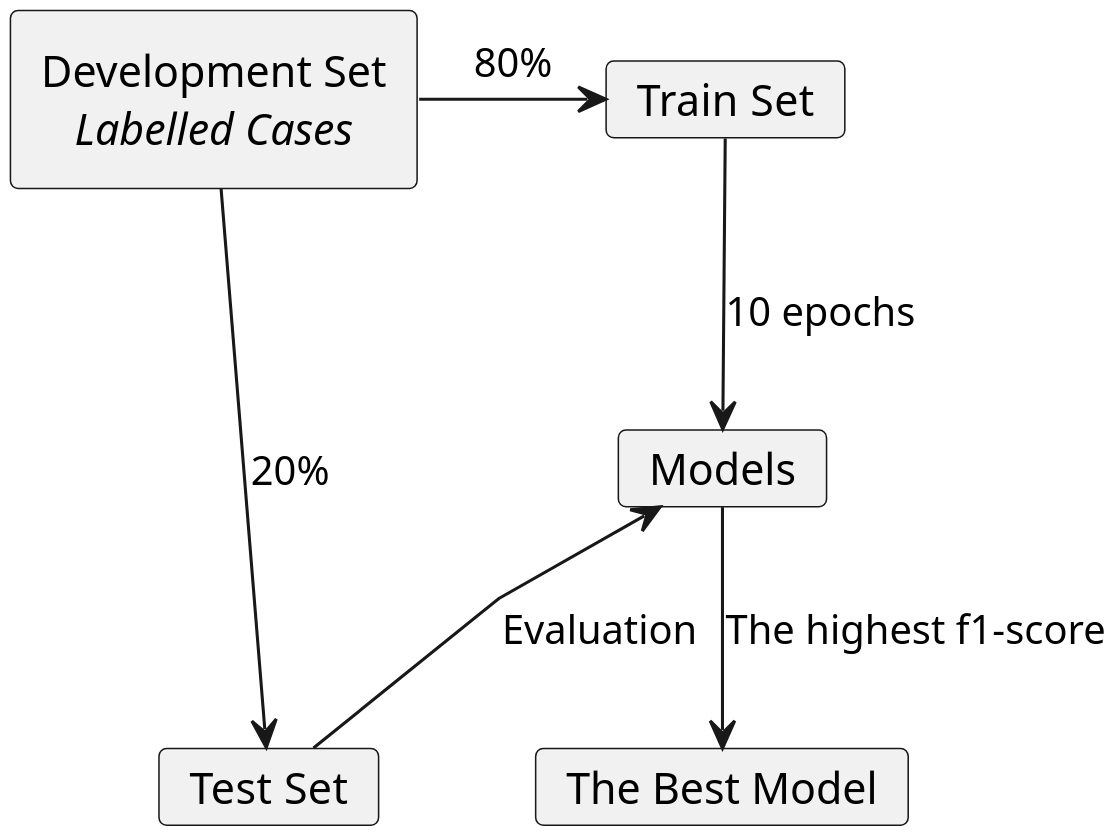
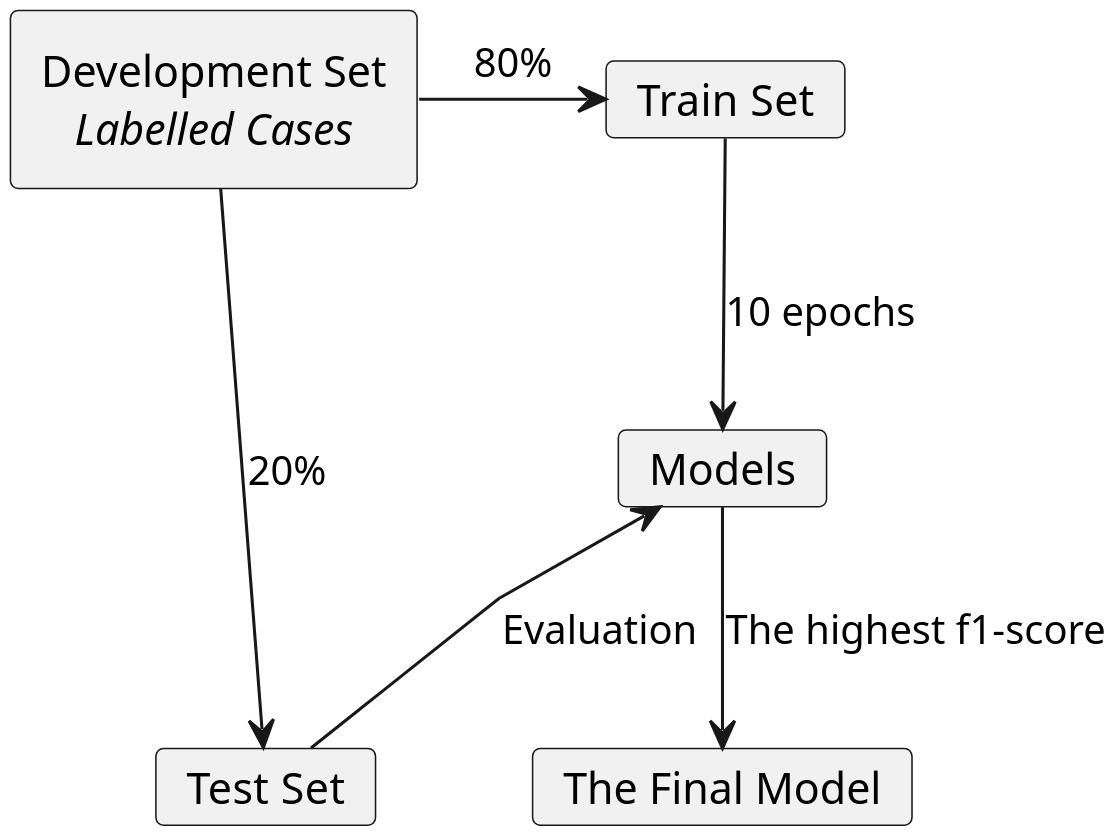
One commit to C-Campbell-Lab/A-BERT-model-from-pathology-synopses changed the diagram in uml/dev.pu. Above: the diagram before and after it, drawn with PlantUML. The commit also changed 5 other files, not shown here.

```diff
--- a/uml/dev.pu
+++ b/uml/dev.pu
@@ -1,39 +1,39 @@
 @startuml dev
 skinparam defaultTextAlignment center
 skinparam linetype polyline
 skinparam Dpi 300
 
 
 ' card lab1 as "Whether keep field"
 
 ' card lab2 as "The augmentation"
 
 ' card lab3 as "The datasize"
 
 ' card lab4 as "The augmented prediction"
 
 
 rectangle data as "
 Development Set
 //Labelled Cases//"
 
 card train as "Train Set"
 
 together {
 card test as "Test Set"
 
 card model as "Models"
 }
-card output as "The Best Model"
+card output as "The Final Model"
 
 data -r-> train : 80%
 
 data -r-> test : 20%
 
 train --> model : "10 epochs"
 
 test -u-> model : "Evaluation"
 
 model --> output : "The highest f1-score"
 
 @enduml
```
